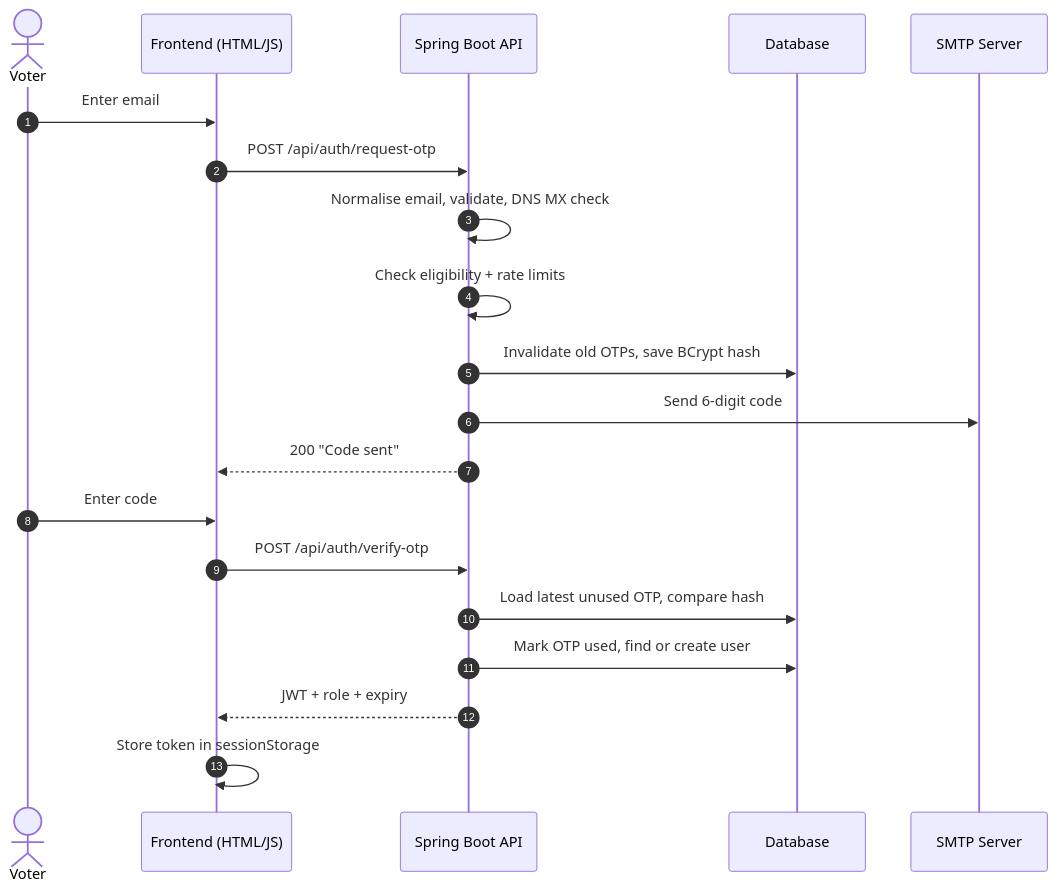
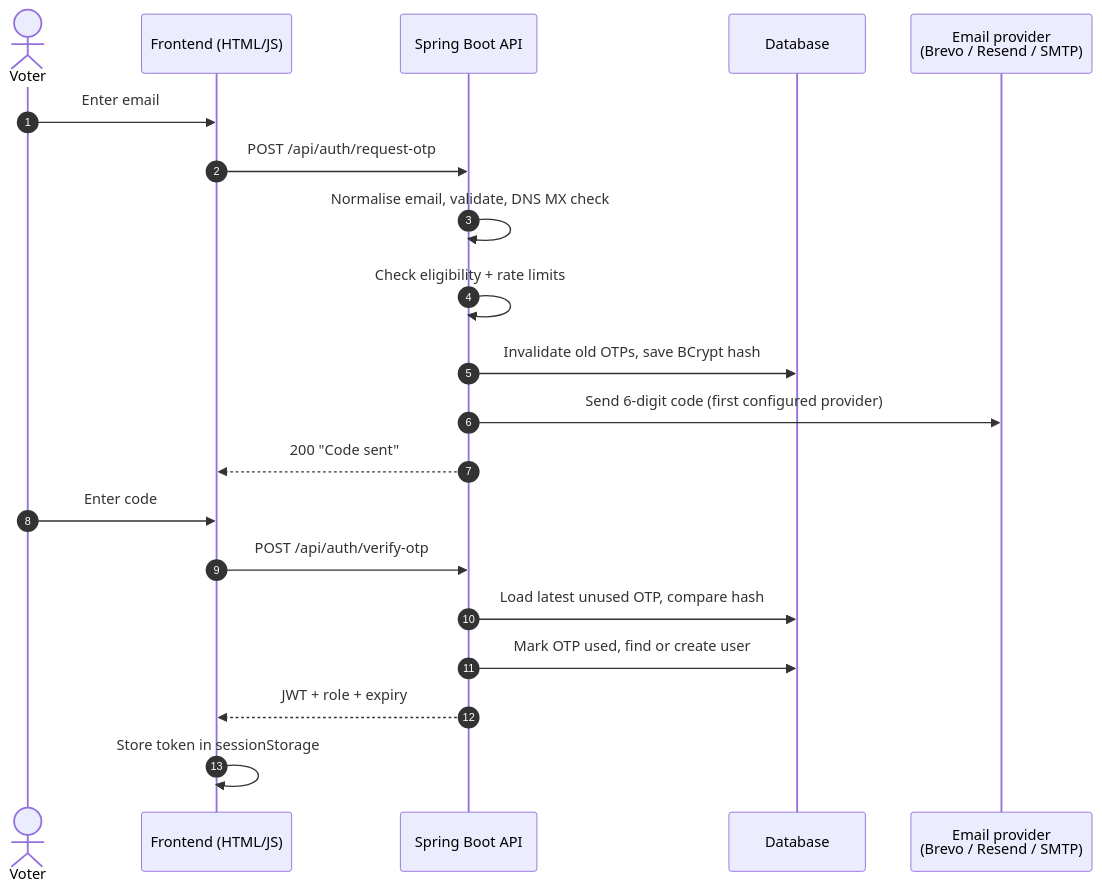
Before and after one commit to itz-Arun-001/online_voting_system: the second of 6 diagrams in README.md, drawn with Mermaid. The commit also changed other lines of this file and 1 other file, not shown here.

Commit message:
Update README: email providers, quick start, config, deployment

````diff
--- a/README.md
+++ b/README.md
@@ -96,23 +98,23 @@
 ```mermaid
 sequenceDiagram
     autonumber
     actor V as Voter
     participant FE as Frontend (HTML/JS)
     participant API as Spring Boot API
     participant DB as Database
-    participant SMTP as SMTP Server
+    participant SMTP as Email provider<br/>(Brevo / Resend / SMTP)
 
     V->>FE: Enter email
     FE->>API: POST /api/auth/request-otp
     API->>API: Normalise email, validate, DNS MX check
     API->>API: Check eligibility + rate limits
     API->>DB: Invalidate old OTPs, save BCrypt hash
-    API->>SMTP: Send 6-digit code
+    API->>SMTP: Send 6-digit code (first configured provider)
     API-->>FE: 200 "Code sent"
     V->>FE: Enter code
     FE->>API: POST /api/auth/verify-otp
     API->>DB: Load latest unused OTP, compare hash
     API->>DB: Mark OTP used, find or create user
     API-->>FE: JWT + role + expiry
     FE->>FE: Store token in sessionStorage
 ```
````
